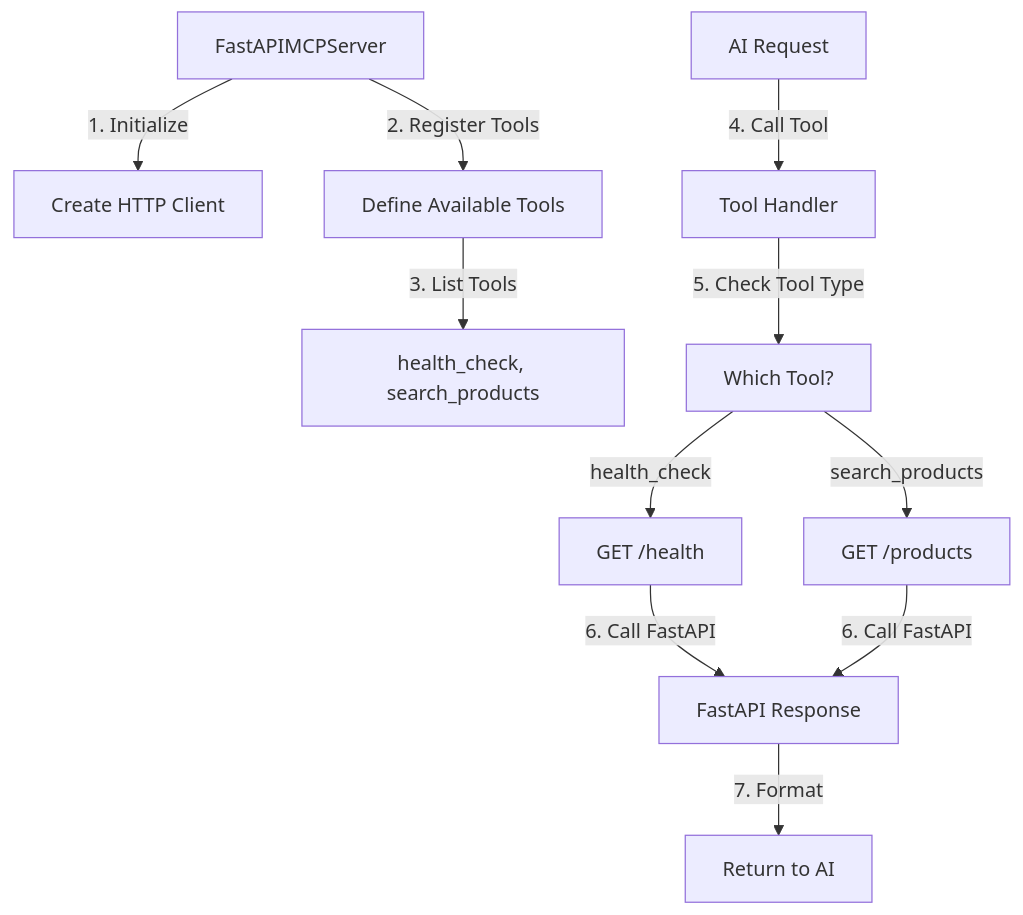
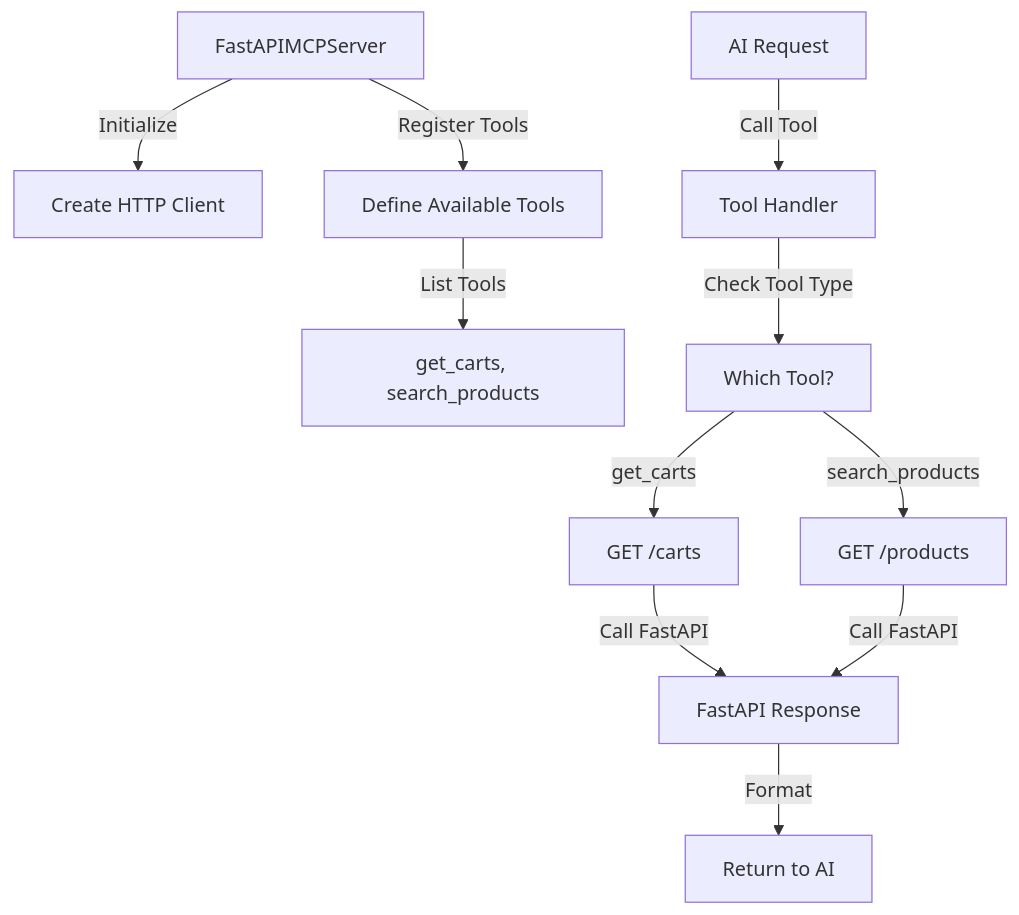
One commit to sethukrs/fastapi-mcp-demo changed the third of 3 diagrams in README.md. Above: the diagram before and after it, drawn with Mermaid. The commit also changed other lines of this file and 3 other files, not shown here.

````diff
--- a/README.md
+++ b/README.md
@@ -124,13 +112,13 @@
 ```mermaid
 graph TD
-    A[FastAPIMCPServer] -->|"1. Initialize"| B[Create HTTP Client]
-    A -->|"2. Register Tools"| C[Define Available Tools]
-    C -->|"3. List Tools"| D[health_check, search_products]
-    E[AI Request] -->|"4. Call Tool"| F[Tool Handler]
-    F -->|"5. Check Tool Type"| G[Which Tool?]
-    G -->|"health_check"| H[GET /health]
+    A[FastAPIMCPServer] -->|"Initialize"| B[Create HTTP Client]
+    A -->|"Register Tools"| C[Define Available Tools]
+    C -->|"List Tools"| D[get_carts, search_products]
+    E[AI Request] -->|"Call Tool"| F[Tool Handler]
+    F -->|"Check Tool Type"| G[Which Tool?]
+    G -->|"get_carts"| H[GET /carts]
     G -->|"search_products"| I[GET /products]
-    H -->|"6. Call FastAPI"| J[FastAPI Response]
-    I -->|"6. Call FastAPI"| J
-    J -->|"7. Format"| K[Return to AI]
+    H -->|"Call FastAPI"| J[FastAPI Response]
+    I -->|"Call FastAPI"| J
+    J -->|"Format"| K[Return to AI]
 ```
````
